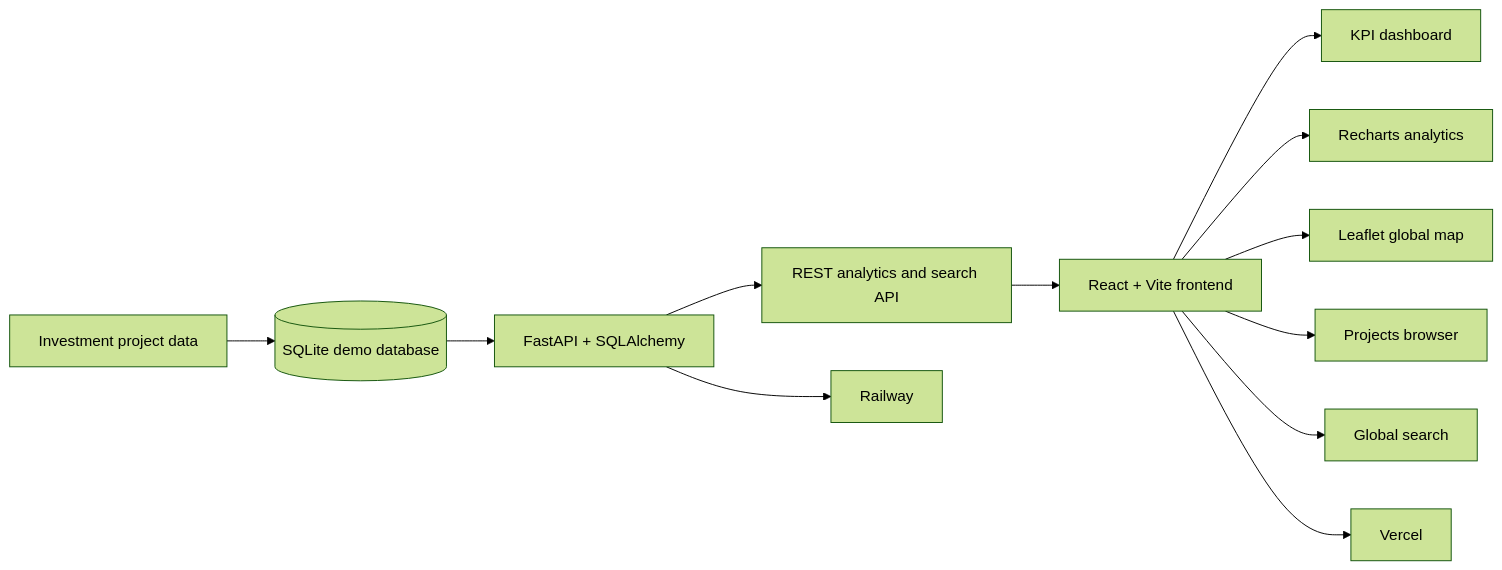
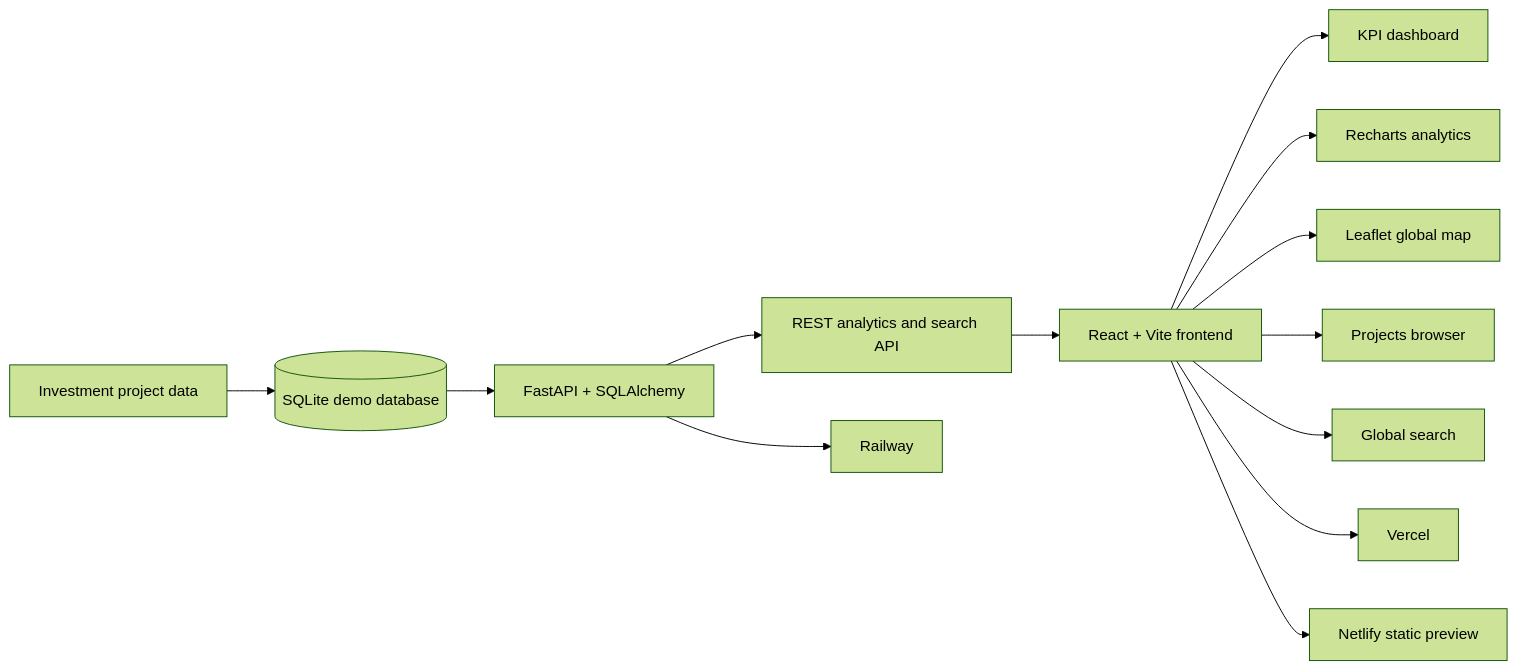
The diagram in README.md (Khumo-Hub/fdi-lens), drawn with Mermaid (forest theme) before and after one commit. The commit also changed other lines of this file, not shown here.

Commit message:
docs: add live Netlify frontend preview for recruiters

````diff
--- a/README.md
+++ b/README.md
@@ -57,15 +62,16 @@
 ```mermaid
 flowchart LR
     A[Investment project data] --> B[(SQLite demo database)]
     B --> C[FastAPI + SQLAlchemy]
     C --> D[REST analytics and search API]
     D --> E[React + Vite frontend]
     E --> F[KPI dashboard]
     E --> G[Recharts analytics]
     E --> H[Leaflet global map]
     E --> I[Projects browser]
     E --> J[Global search]
 
     C --> K[Railway]
     E --> L[Vercel]
+    E --> M[Netlify static preview]
 ```
````
